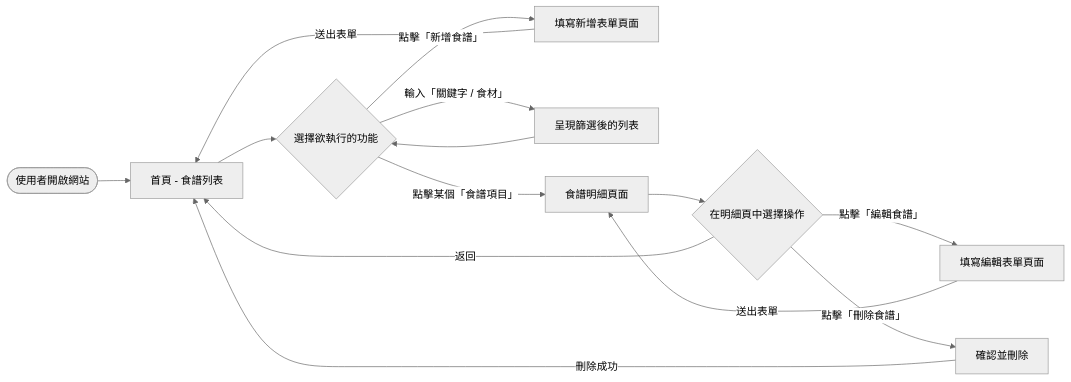
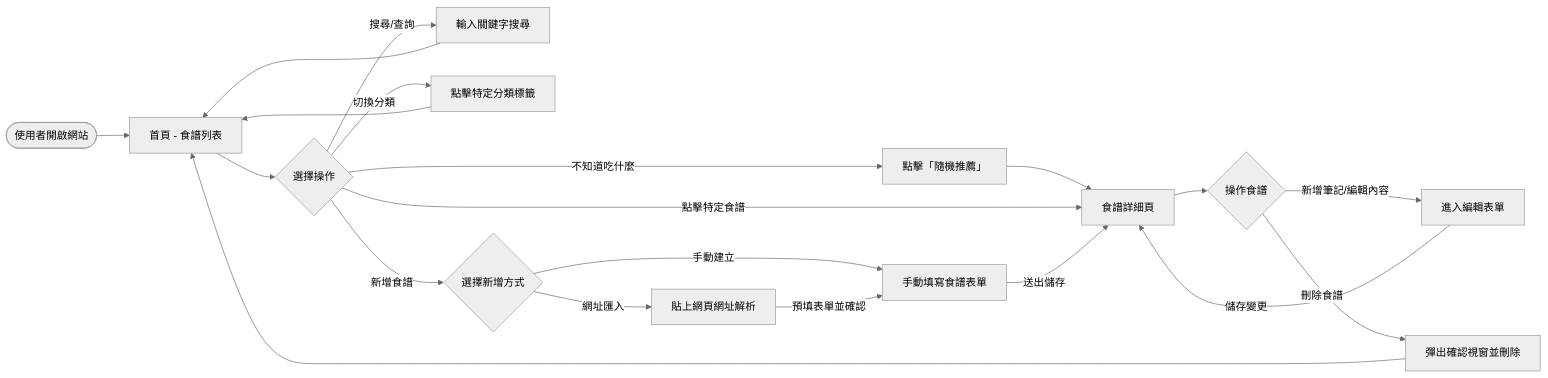
One commit to d1463468/web_app_development changed the first of 2 diagrams in docs/FLOWCHART.md. Above: the diagram before and after it, drawn with Mermaid (neutral theme). The commit also changed other lines of this file, not shown here.

Commit message:
docs: add user flowchart

````diff
--- a/docs/FLOWCHART.md
+++ b/docs/FLOWCHART.md
@@ -9,24 +9,30 @@
 ```mermaid
 flowchart LR
     A([使用者開啟網站]) --> B[首頁 - 食譜列表]
     
-    B --> C{選擇欲執行的功能}
+    B --> C{選擇操作}
     
-    %% 新增食譜路線
-    C -->|點擊「新增食譜」| D[填寫新增表單頁面]
-    D -->|送出表單| B
+    C -->|搜尋/查詢| D[輸入關鍵字搜尋]
+    D --> B
     
-    %% 搜尋/篩選路線
-    C -->|輸入「關鍵字 / 食材」| E[呈現篩選後的列表]
-    E --> C
+    C -->|切換分類| E[點擊特定分類標籤]
+    E --> B
     
-    %% 查看與編輯/刪除路線
-    C -->|點擊某個「食譜項目」| F[食譜明細頁面]
-    F --> G{在明細頁中選擇操作}
+    C -->|不知道吃什麼| F[點擊「隨機推薦」]
+    F --> G[進入隨機食譜詳細頁]
     
-    G -->|返回| B
-    G -->|點擊「編輯食譜」| H[填寫編輯表單頁面]
-    H -->|送出表單| F
-    G -->|點擊「刪除食譜」| I[確認並刪除]
-    I -->|刪除成功| B
+    C -->|點擊特定食譜| G[食譜詳細頁]
+    
+    G --> H{操作食譜}
+    H -->|新增筆記/編輯內容| I[進入編輯表單]
+    I -->|儲存變更| G
+    H -->|刪除食譜| J[彈出確認視窗並刪除]
+    J --> B
+    
+    C -->|新增食譜| K{選擇新增方式}
+    K -->|手動建立| L[手動填寫食譜表單]
+    K -->|網址匯入| M[貼上網頁網址解析]
+    
+    L -->|送出儲存| G
+    M -->|預填表單並確認| L
 ```
````
